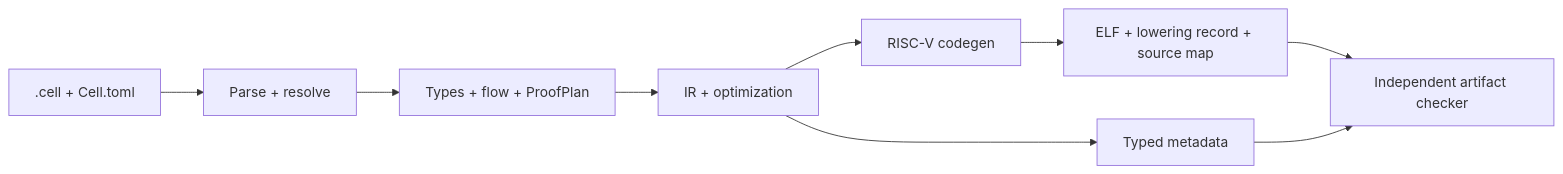
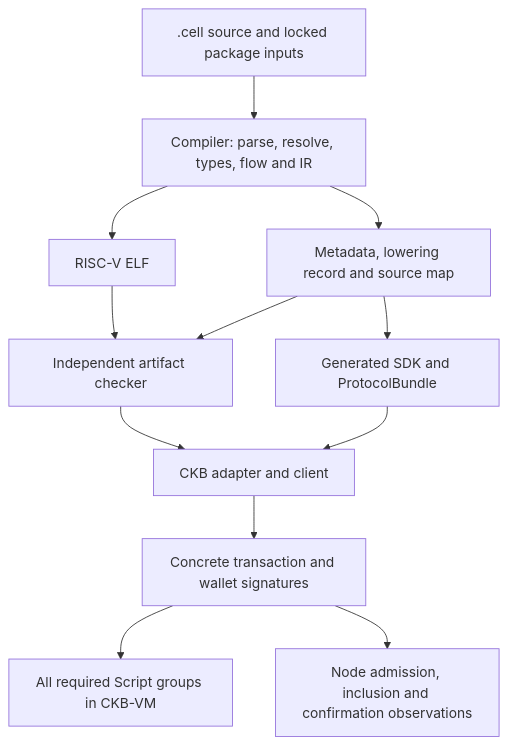
The diagram in README.md (CellScript-Labs/CellScript), drawn with Mermaid before and after one commit. The commit also changed other lines of this file and 4 other files, not shown here.

````diff
--- a/README.md
+++ b/README.md
@@ -284,11 +333,14 @@
-```mermaid
-graph LR
-    Source[".cell + Cell.toml"] --> Frontend["Parse + resolve"]
-    Frontend --> Semantics["Types + flow + ProofPlan"]
-    Semantics --> IR["IR + optimization"]
-    IR --> Codegen["RISC-V codegen"]
-    IR --> Metadata["Typed metadata"]
-    Codegen --> ELF["ELF + lowering record + source map"]
-    ELF --> Checker["Independent artifact checker"]
-    Metadata --> Checker
-```
+~~~mermaid
+flowchart TD
+    S[".cell source and locked package inputs"] --> C["Compiler: parse, resolve, types, flow and IR"]
+    C --> E["RISC-V ELF"]
+    C --> M["Metadata, lowering record and source map"]
+    E --> V["Independent artifact checker"]
+    M --> V
+    M --> B["Generated SDK and ProtocolBundle"]
+    V --> A["CKB adapter and client"]
+    B --> A
+    A --> T["Concrete transaction and wallet signatures"]
+    T --> X["All required Script groups in CKB-VM"]
+    T --> N["Node admission, inclusion and confirmation observations"]
+~~~
````
